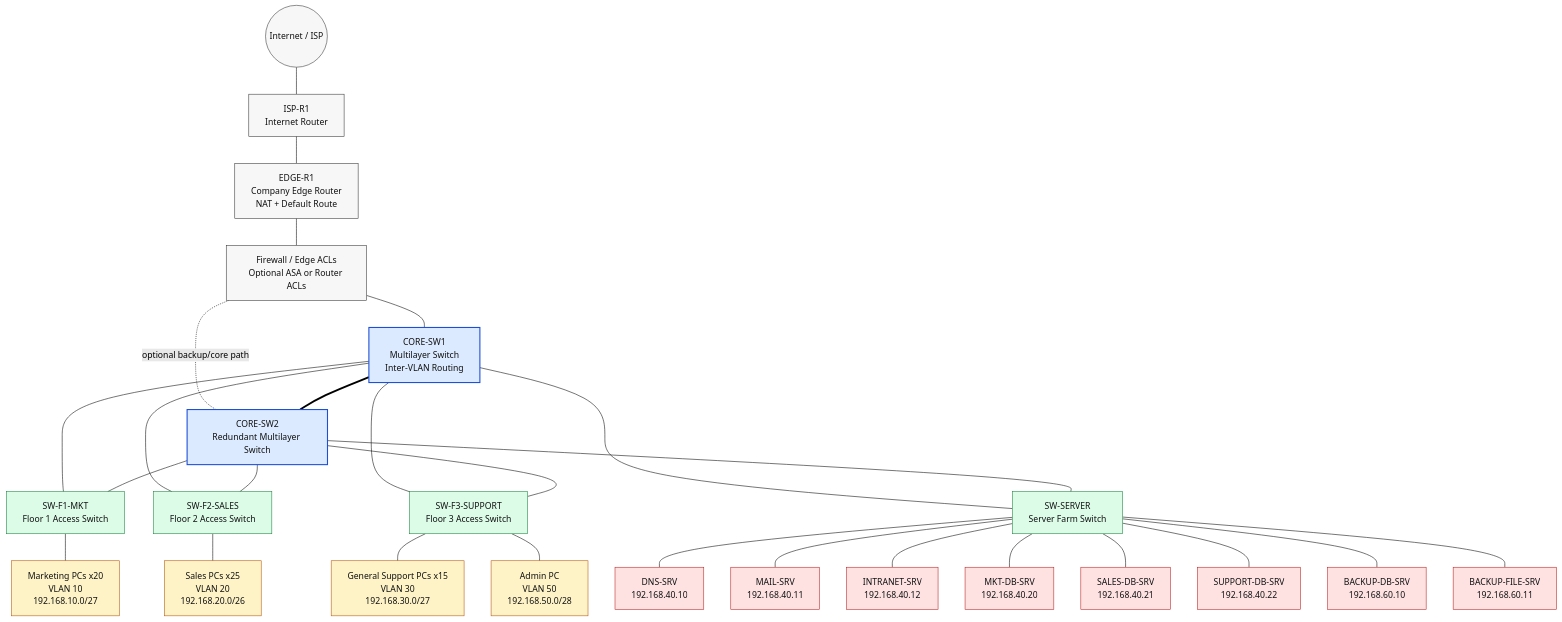
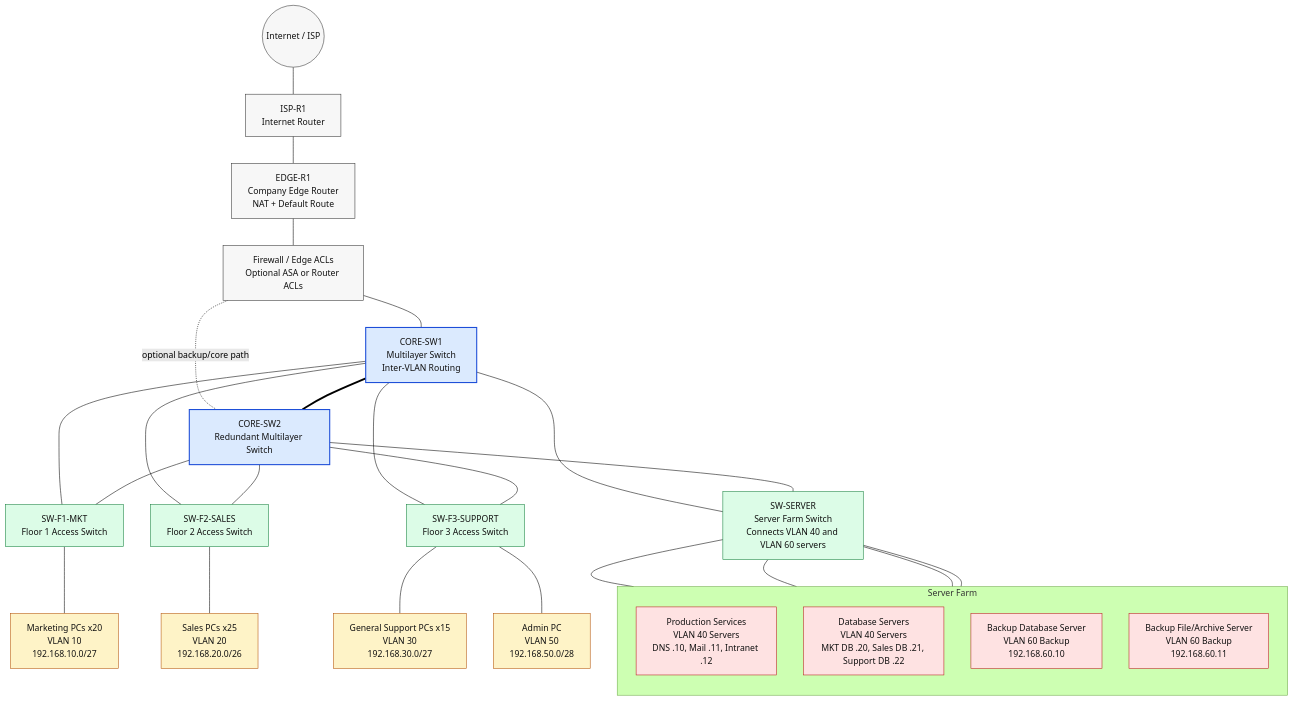
Before and after one commit to noeljabraham/Msc-Networking-Lab: the diagram in MSS_Ltd_Architecture_Diagram.mmd, drawn with Mermaid (forest theme). The commit also changed other lines of this file and 1 other file, not shown here.

```diff
--- a/MSS_Ltd_Architecture_Diagram.mmd
+++ b/MSS_Ltd_Architecture_Diagram.mmd
@@ -1,70 +1,65 @@
 flowchart TB
     Internet((Internet / ISP))
     ISP[ISP-R1<br/>Internet Router]
     Edge[EDGE-R1<br/>Company Edge Router<br/>NAT + Default Route]
     FW[Firewall / Edge ACLs<br/>Optional ASA or Router ACLs]
 
     Core1[CORE-SW1<br/>Multilayer Switch<br/>Inter-VLAN Routing]
     Core2[CORE-SW2<br/>Redundant Multilayer Switch]
 
     F1[SW-F1-MKT<br/>Floor 1 Access Switch]
     F2[SW-F2-SALES<br/>Floor 2 Access Switch]
     F3[SW-F3-SUPPORT<br/>Floor 3 Access Switch]
-    ServerSW[SW-SERVER<br/>Server Farm Switch]
+    ServerSW[SW-SERVER<br/>Server Farm Switch<br/>Connects VLAN 40 and VLAN 60 servers]
 
     MKT[Marketing PCs x20<br/>VLAN 10<br/>192.168.10.0/27]
     SALES[Sales PCs x25<br/>VLAN 20<br/>192.168.20.0/26]
     SUPPORT[General Support PCs x15<br/>VLAN 30<br/>192.168.30.0/27]
     ADMIN[Admin PC<br/>VLAN 50<br/>192.168.50.0/28]
 
-    DNS[DNS-SRV<br/>192.168.40.10]
-    MAIL[MAIL-SRV<br/>192.168.40.11]
-    WEB[INTRANET-SRV<br/>192.168.40.12]
-    DB1[MKT-DB-SRV<br/>192.168.40.20]
-    DB2[SALES-DB-SRV<br/>192.168.40.21]
-    DB3[SUPPORT-DB-SRV<br/>192.168.40.22]
-    BDB[BACKUP-DB-SRV<br/>192.168.60.10]
-    BFILE[BACKUP-FILE-SRV<br/>192.168.60.11]
+    subgraph ServerFarm[Server Farm]
+        direction TB
+        ProdServices[Production Services<br/>VLAN 40 Servers<br/>DNS .10, Mail .11, Intranet .12]
+        DBGroup[Database Servers<br/>VLAN 40 Servers<br/>MKT DB .20, Sales DB .21, Support DB .22]
+        BackupDB[Backup Database Server<br/>VLAN 60 Backup<br/>192.168.60.10]
+        BackupFile[Backup File/Archive Server<br/>VLAN 60 Backup<br/>192.168.60.11]
+    end
 
     Internet --- ISP
     ISP --- Edge
     Edge --- FW
     FW --- Core1
     FW -. optional backup/core path .- Core2
 
     Core1 === Core2
 
     Core1 --- F1
     Core2 --- F1
     Core1 --- F2
     Core2 --- F2
     Core1 --- F3
     Core2 --- F3
     Core1 --- ServerSW
     Core2 --- ServerSW
 
     F1 --- MKT
     F2 --- SALES
     F3 --- SUPPORT
     F3 --- ADMIN
 
-    ServerSW --- DNS
-    ServerSW --- MAIL
-    ServerSW --- WEB
-    ServerSW --- DB1
-    ServerSW --- DB2
-    ServerSW --- DB3
-    ServerSW --- BDB
-    ServerSW --- BFILE
+    ServerSW --- ProdServices
+    ServerSW --- DBGroup
+    ServerSW --- BackupDB
+    ServerSW --- BackupFile
 
     classDef edge fill:#f7f7f7,stroke:#333,stroke-width:1px,color:#111;
     classDef core fill:#dbeafe,stroke:#1d4ed8,stroke-width:2px,color:#111;
     classDef access fill:#dcfce7,stroke:#15803d,stroke-width:1px,color:#111;
     classDef users fill:#fef3c7,stroke:#b45309,stroke-width:1px,color:#111;
     classDef servers fill:#fee2e2,stroke:#b91c1c,stroke-width:1px,color:#111;
 
     class Internet,ISP,Edge,FW edge;
     class Core1,Core2 core;
     class F1,F2,F3,ServerSW access;
     class MKT,SALES,SUPPORT,ADMIN users;
-    class DNS,MAIL,WEB,DB1,DB2,DB3,BDB,BFILE servers;
+    class ProdServices,DBGroup,BackupDB,BackupFile servers;
```
